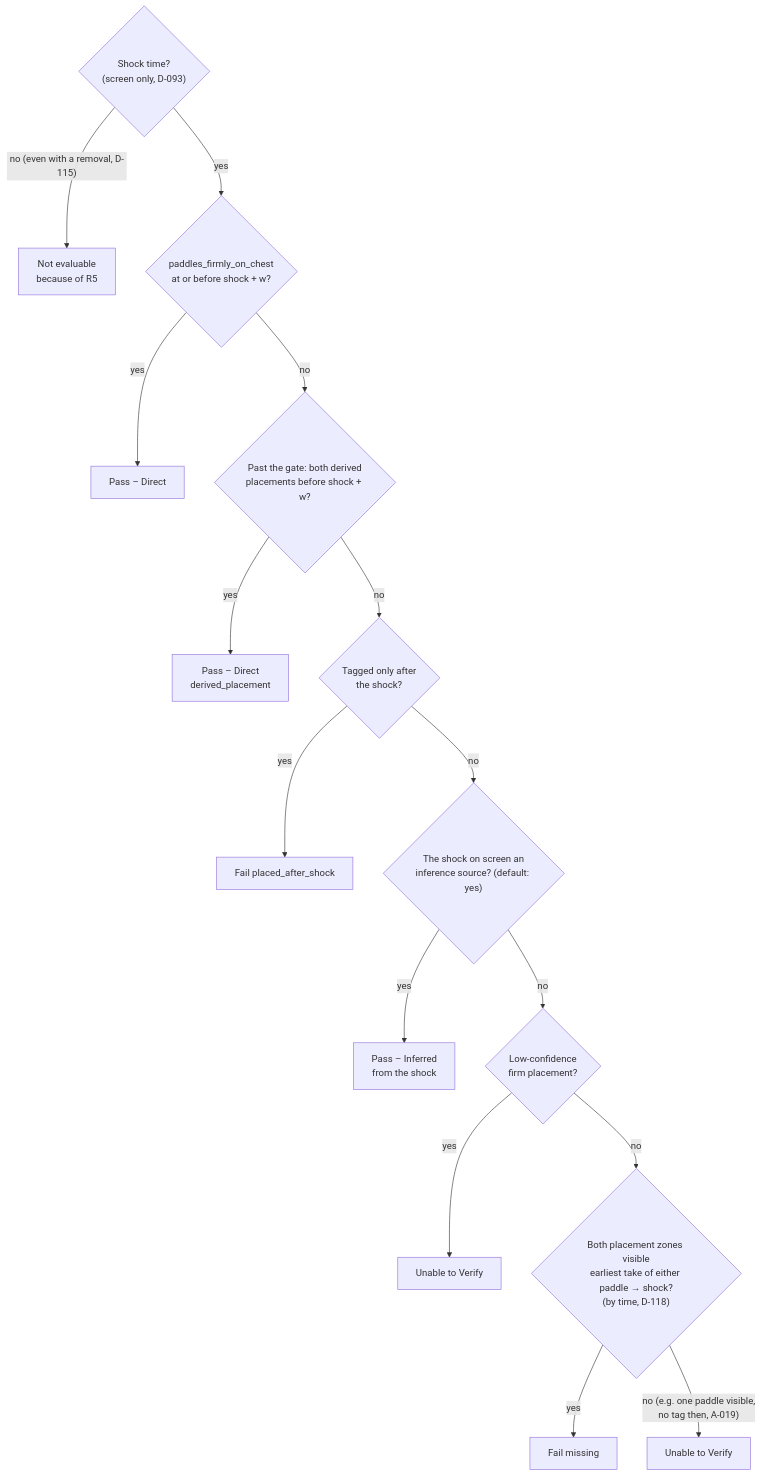
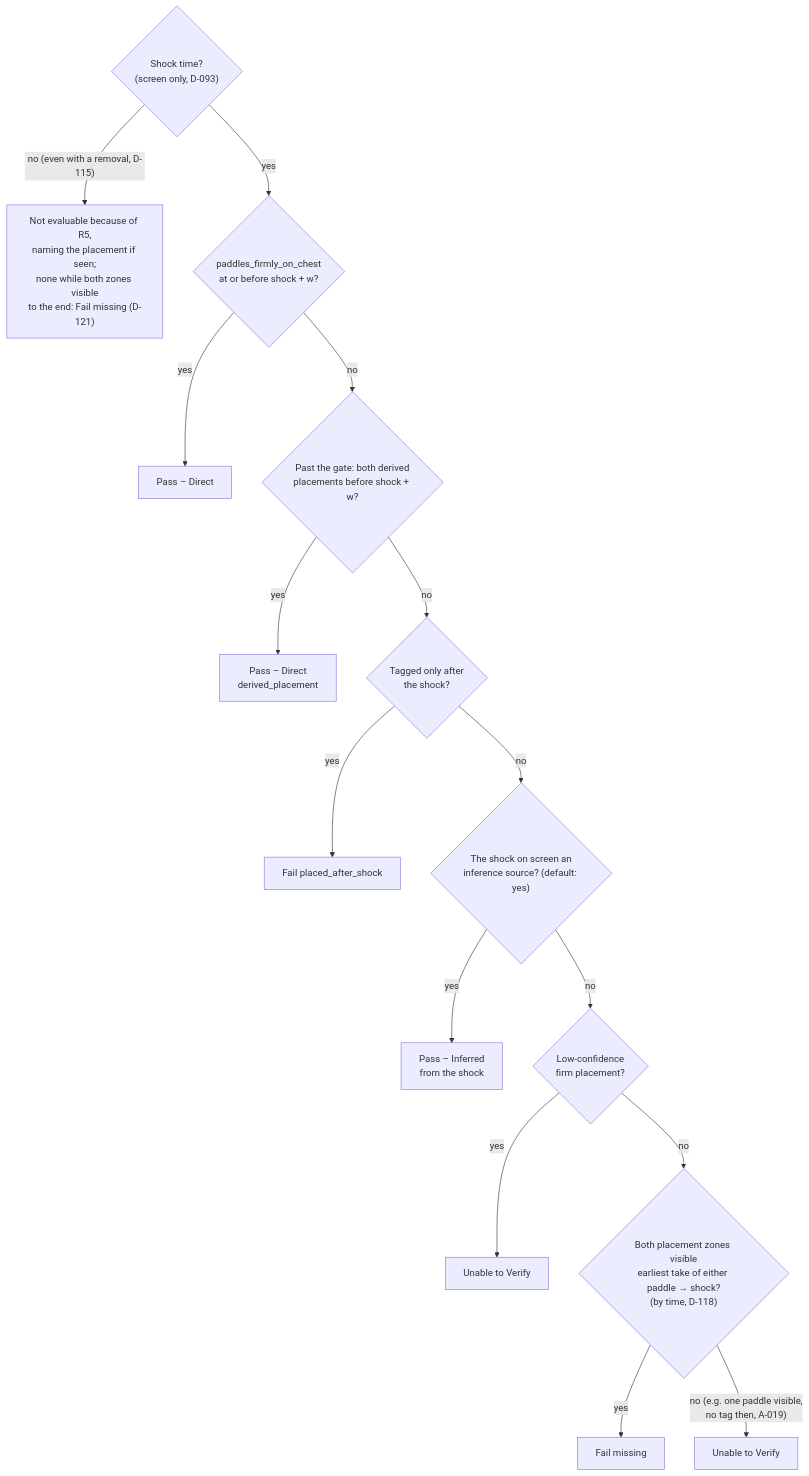
Diagram 13 of 16 in docs/rule_engine/diagrams.md (ananthu65/defibrillator_research), drawn with Mermaid before and after one commit. The commit also changed other lines of this file and 30 other files, not shown here.

````diff
--- a/docs/rule_engine/diagrams.md
+++ b/docs/rule_engine/diagrams.md
@@ -328,17 +328,17 @@
 ```mermaid
 flowchart TD
-    S{"Shock time?<br/>(screen only, D-093)"} -->|"no (even with a removal, D-115)"| NE["Not evaluable<br/>because of R5"]
+    S{"Shock time?<br/>(screen only, D-093)"} -->|"no (even with a removal, D-115)"| NE["Not evaluable because of R5,<br/>naming the placement if seen;<br/>none while both zones visible<br/>to the end: Fail missing (D-121)"]
     S -->|yes| T{"paddles_firmly_on_chest<br/>at or before shock + w?"}
     T -->|yes| P1["Pass – Direct"]
     T -->|no| D{"Past the gate: both derived<br/>placements before shock + w?"}
     D -->|yes| P2["Pass – Direct<br/>derived_placement"]
     D -->|no| L{"Tagged only after<br/>the shock?"}
     L -->|yes| F1["Fail placed_after_shock"]
     L -->|no| I{"The shock on screen an<br/>inference source? (default: yes)"}
     I -->|yes| P3["Pass – Inferred<br/>from the shock"]
     I -->|no| W{"Low-confidence<br/>firm placement?"}
     W -->|yes| U1["Unable to Verify"]
     W -->|no| Z{"Both placement zones visible<br/>earliest take of either paddle → shock?<br/>(by time, D-118)"}
     Z -->|yes| F2["Fail missing"]
     Z -->|"no (e.g. one paddle visible,<br/>no tag then, A-019)"| U2["Unable to Verify"]
 ```
````
